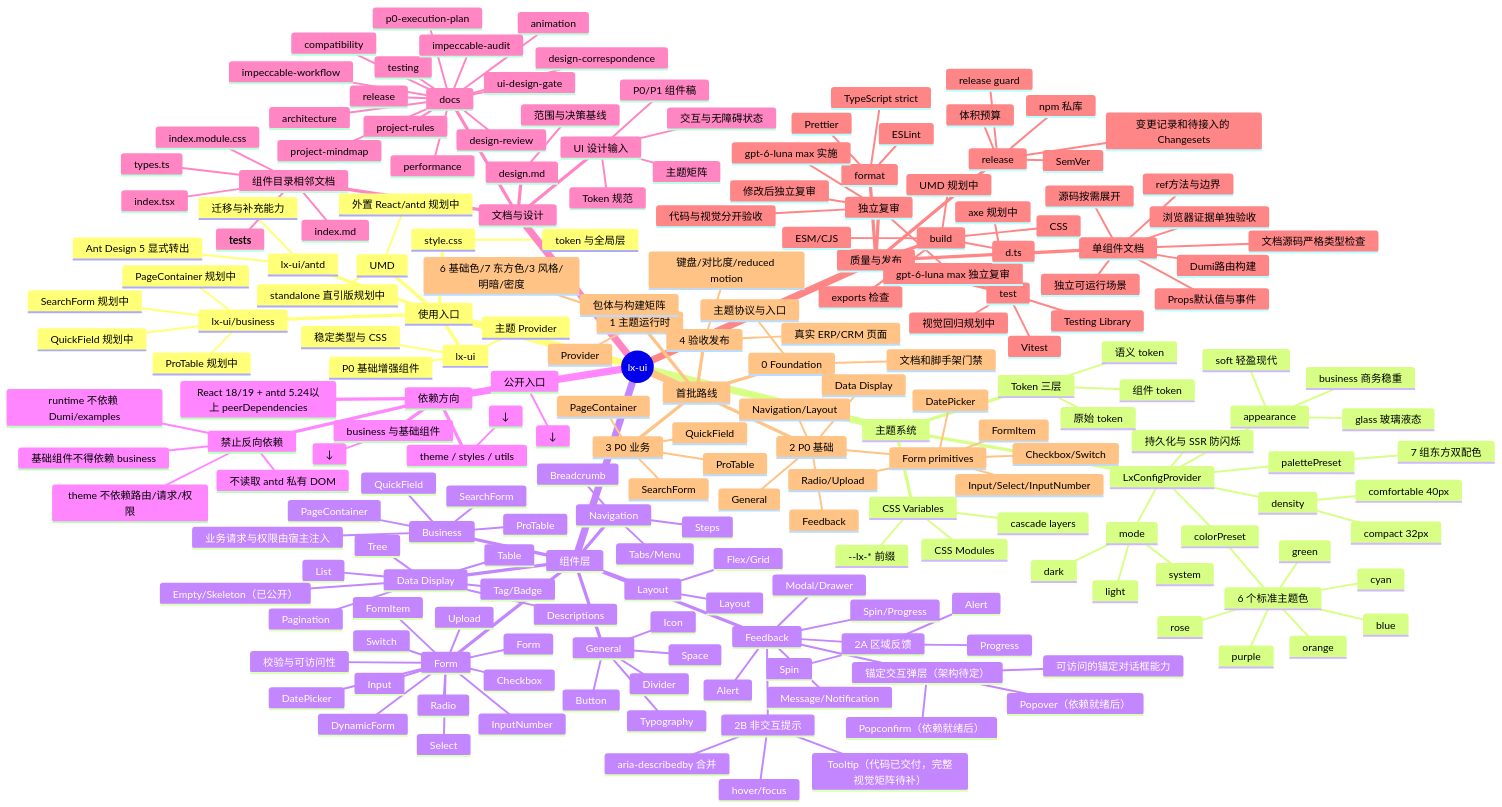
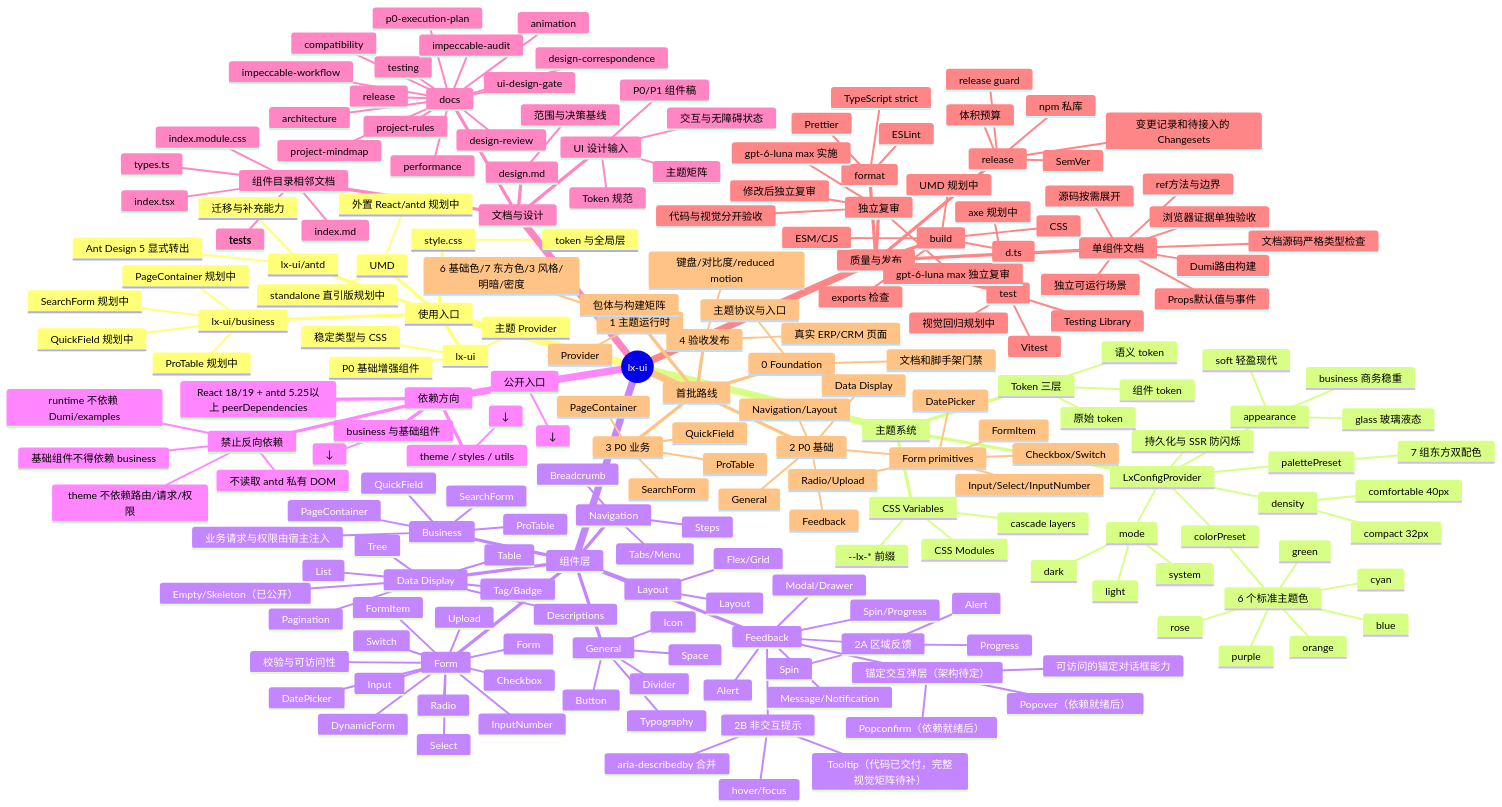
Before and after one commit to 1eonz/lz-ui: the diagram in docs/project-mindmap.md, drawn with Mermaid. The commit also changed 57 other files, not shown here.

```diff
--- a/docs/project-mindmap.md
+++ b/docs/project-mindmap.md
@@ -120,7 +120,7 @@
         ↓
       theme / styles / utils
         ↓
-      React 18/19 + antd 5.24以上 peerDependencies
+      React 18/19 + antd 5.25以上 peerDependencies
       禁止反向依赖
         基础组件不得依赖 business
         theme 不依赖路由/请求/权限
```
